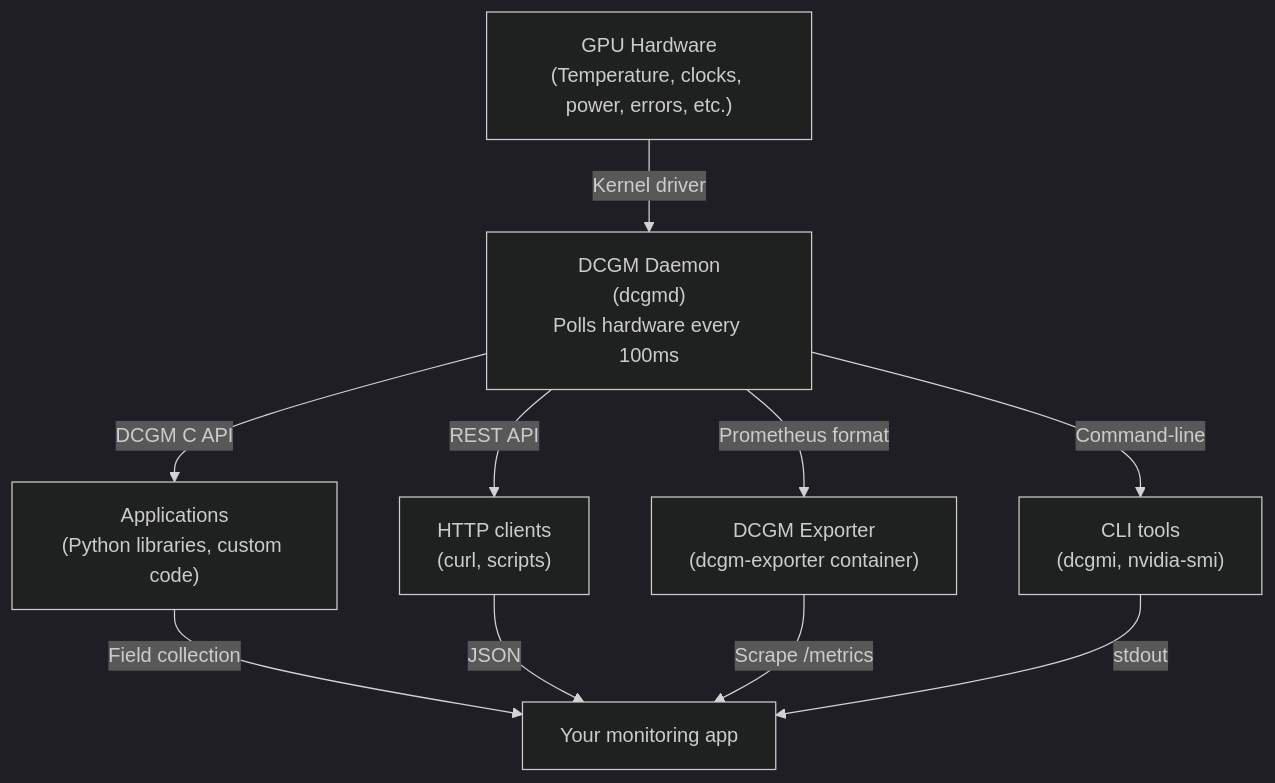
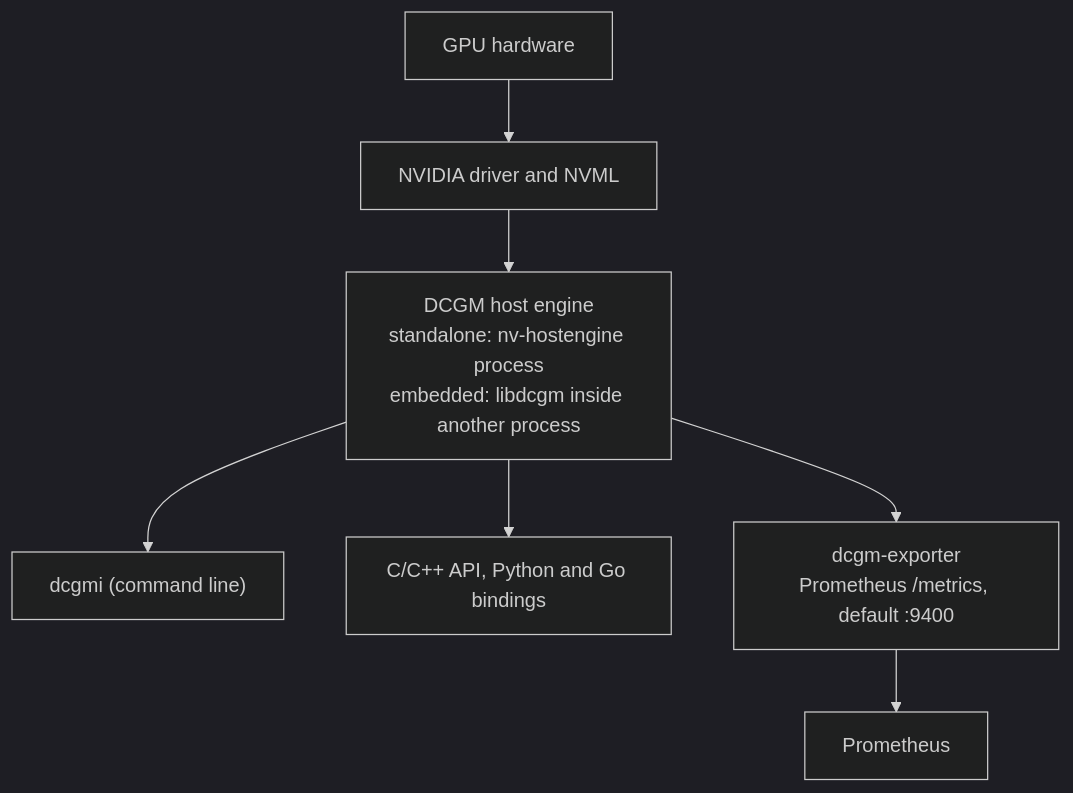
One commit to jithinpnjm/nvidia-devops changed the first of 2 diagrams in docs/nvidia-zero-to-hero/volume-16/chapter-04-dcgm-the-gpu-metrics-foundation.md. Above: the diagram before and after it, drawn with Mermaid (dark theme). The commit also changed other lines of this file and 46 other files, not shown here.

````diff
--- a/docs/nvidia-zero-to-hero/volume-16/chapter-04-dcgm-the-gpu-metrics-foundation.md
+++ b/docs/nvidia-zero-to-hero/volume-16/chapter-04-dcgm-the-gpu-metrics-foundation.md
@@ -51,17 +51,12 @@
 ```mermaid
 flowchart TB
-    H["GPU Hardware<br/>(Temperature, clocks, power, errors, etc.)"]
-    D["DCGM Daemon<br/>(dcgmd)<br/>Polls hardware every 100ms"]
-    
-    D -->|DCGM C API| SDK["Applications<br/>(Python libraries, custom code)"]
-    D -->|REST API| REST["HTTP clients<br/>(curl, scripts)"]
-    D -->|Prometheus format| PROM["DCGM Exporter<br/>(dcgm-exporter container)"]
-    D -->|Command-line| CLI["CLI tools<br/>(dcgmi, nvidia-smi)"]
-    
-    H -->|Kernel driver| D
-    
-    SDK -->|Field collection| App["Your monitoring app"]
-    REST -->|JSON| App
-    PROM -->|Scrape /metrics| App
-    CLI -->|stdout| App
+    HW["GPU hardware"]
+    DRV["NVIDIA driver and NVML"]
+    HE["DCGM host engine<br/>standalone: nv-hostengine process<br/>embedded: libdcgm inside another process"]
+
+    HW --> DRV --> HE
+    HE --> CLI["dcgmi (command line)"]
+    HE --> API["C/C++ API, Python and Go bindings"]
+    HE --> EXP["dcgm-exporter<br/>Prometheus /metrics, default :9400"]
+    EXP --> PROM["Prometheus"]
 ```
````
